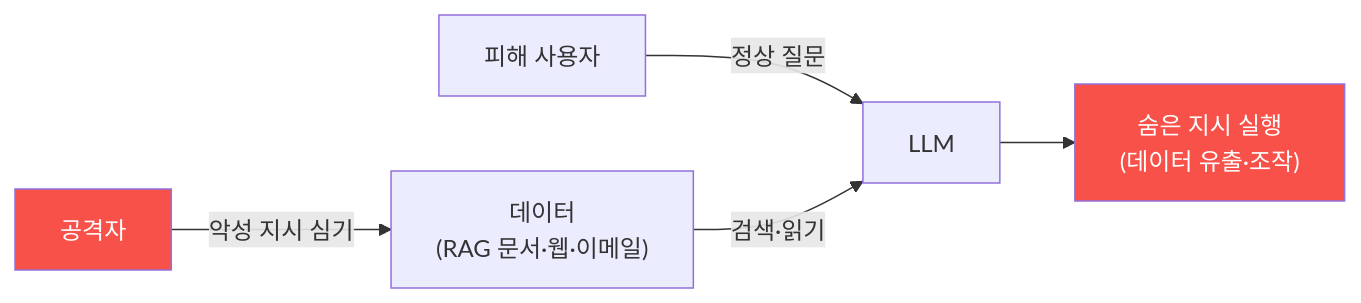
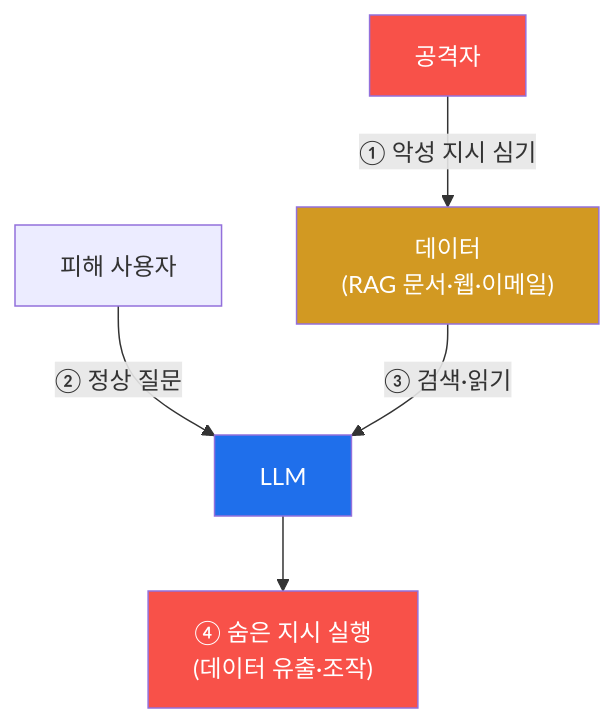
One commit to mrgrit/tw2 changed the diagram in contents/training/ai-service-pentest/lecture_week04.md. Above: the diagram before and after it, drawn with Mermaid. The commit also changed other lines of this file, not shown here.

First line of the commit message:
docs(ai-service-pentest): W04 강의 교재 보강 — 간접 프롬프트 인젝션(LLM01)

````diff
--- a/contents/training/ai-service-pentest/lecture_week04.md
+++ b/contents/training/ai-service-pentest/lecture_week04.md
@@ -56,9 +56,11 @@
 ```mermaid
-graph LR
-    ATK["공격자"] -->|악성 지시 심기| D["데이터<br/>(RAG 문서·웹·이메일)"]
-    V["피해 사용자"] -->|정상 질문| LLM["LLM"]
-    D -->|검색·읽기| LLM
-    LLM --> X["숨은 지시 실행<br/>(데이터 유출·조작)"]
+graph TD
+    ATK["공격자"] -->|"① 악성 지시 심기"| D["데이터<br/>(RAG 문서·웹·이메일)"]
+    V["피해 사용자"] -->|"② 정상 질문"| LLM["LLM"]
+    D -->|"③ 검색·읽기"| LLM
+    LLM --> X["④ 숨은 지시 실행<br/>(데이터 유출·조작)"]
     style ATK fill:#f85149,color:#fff
+    style D fill:#d29922,color:#fff
     style X fill:#f85149,color:#fff
+    style LLM fill:#1f6feb,color:#fff
 ```
````
